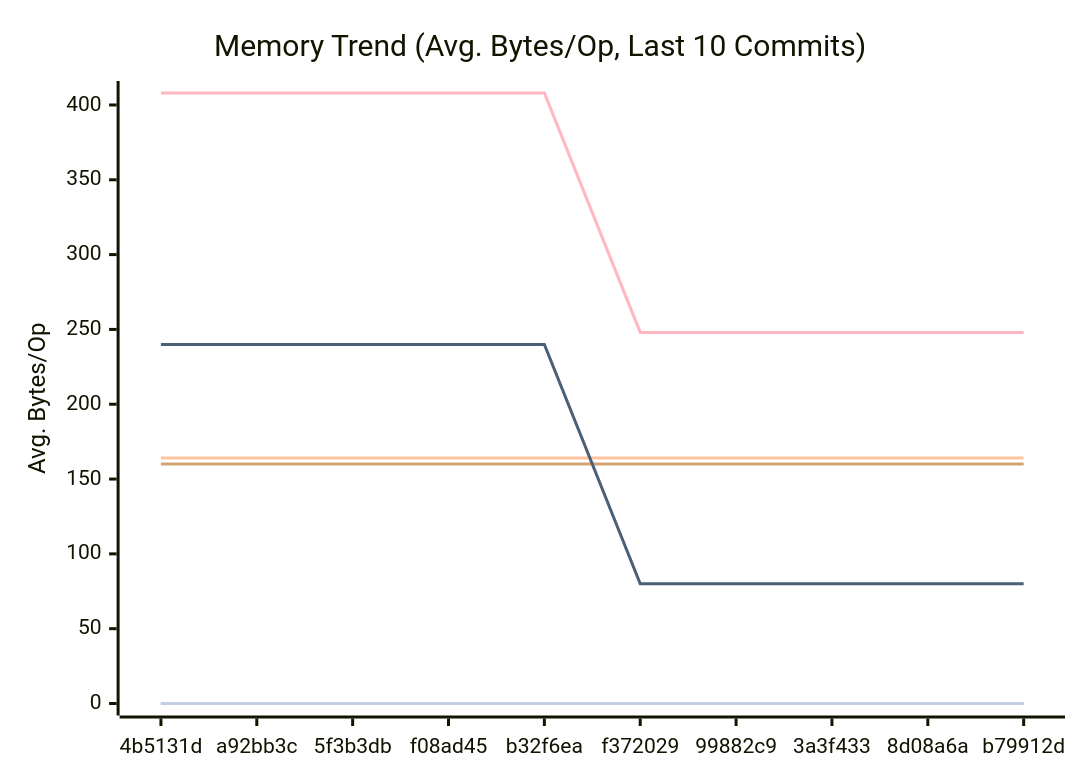
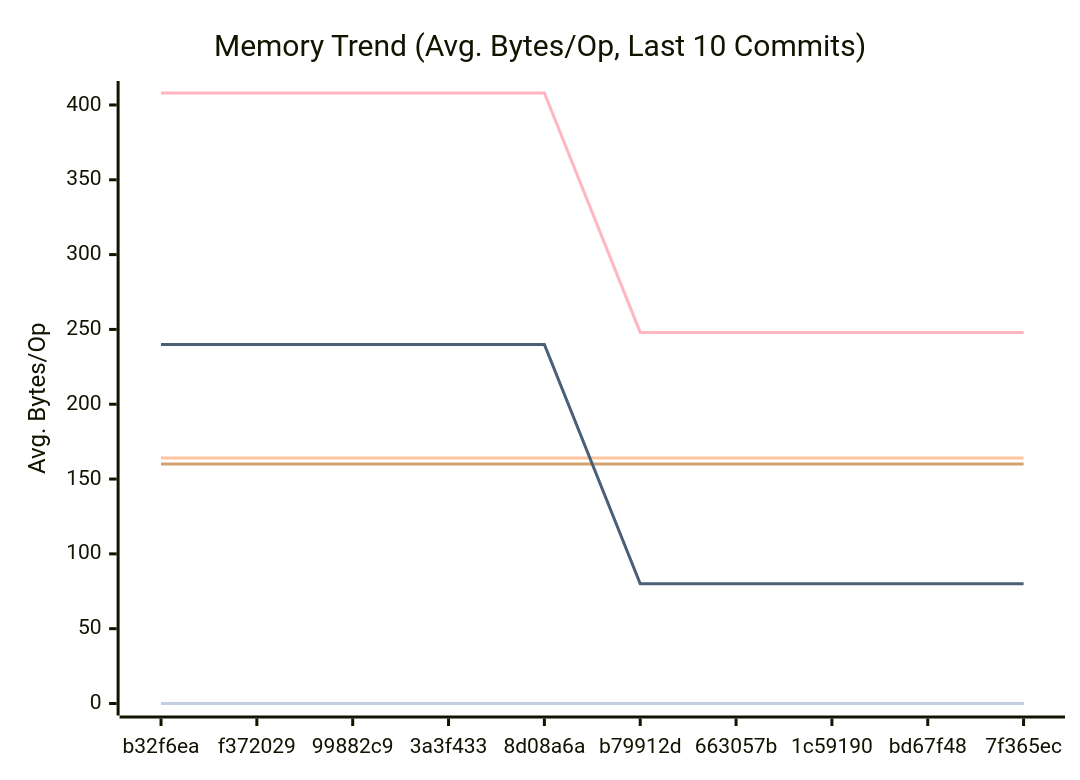
Before and after one commit to alsotoes/momo: the second of 3 diagrams in docs/PERFORMANCE.md, drawn with Mermaid. The commit also changed other lines of this file and 2 other files, not shown here.

````diff
--- a/docs/PERFORMANCE.md
+++ b/docs/PERFORMANCE.md
@@ -97,16 +97,16 @@
 ```mermaid
 xychart-beta
     title "Memory Trend (Avg. Bytes/Op, Last 10 Commits)"
     x-axis "Commit"
     y-axis "Avg. Bytes/Op"
-    x-axis [4b5131d,a92bb3c,5f3b3db,f08ad45,b32f6ea,f372029,99882c9,3a3f433,8d08a6a,b79912d]
+    x-axis [b32f6ea,f372029,99882c9,3a3f433,8d08a6a,b79912d,663057b,1c59190,bd67f48,7f365ec]
     line "CheckMetricsAndSwap" [0,0,0,0,0,0,0,0,0,0]
     line "CrushOptimized" [0,0,0,0,0,0,0,0,0,0]
     line "CrushOriginal" [164,164,164,164,164,164,164,164,164,164]
     line "IndexDirectTracking" [0,0,0,0,0,0,0,0,0,0]
     line "IndexSearch" [0,0,0,0,0,0,0,0,0,0]
     line "LoadGlobalConfig" [160,160,160,160,160,160,160,160,160,160]
     line "PadString" [0,0,0,0,0,0,0,0,0,0]
     line "ParseReplicationOrder_NoPrealloc" [408,408,408,408,408,248,248,248,248,248]
     line "ParseReplicationOrder_Prealloc" [240,240,240,240,240,80,80,80,80,80]
 ```
````
